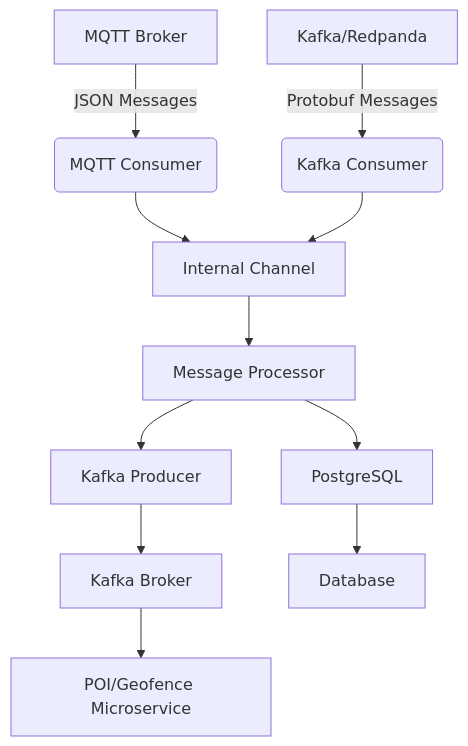
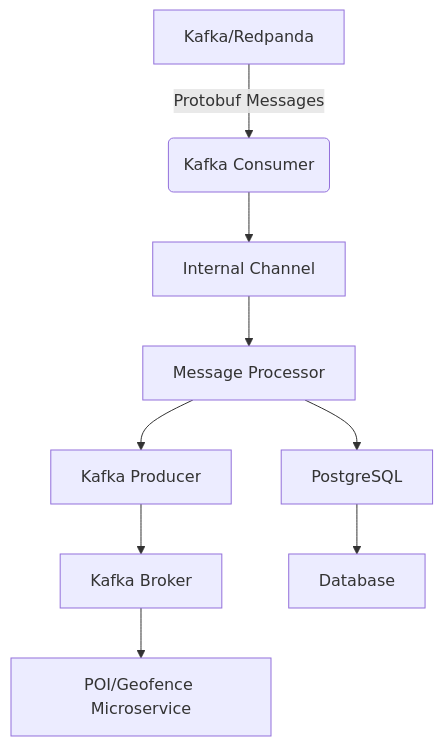
One commit to JesusCabrera84/siscom-consumer changed the diagram in README.md. Above: the diagram before and after it, drawn with Mermaid. The commit also changed other lines of this file and 17 other files, not shown here.

````diff
--- a/README.md
+++ b/README.md
@@ -92,13 +85,11 @@
 ```mermaid
 flowchart TD
-    A1[MQTT Broker] -->|JSON Messages| B1(MQTT Consumer)
-    A2[Kafka/Redpanda] -->|Protobuf Messages| B2(Kafka Consumer)
-    B1 --> C[Internal Channel]
-    B2 --> C
+    A[Kafka/Redpanda] -->|Protobuf Messages| B(Kafka Consumer)
+    B --> C[Internal Channel]
     C --> D[Message Processor]
     D --> E[Kafka Producer]
     D --> F[PostgreSQL]
     E --> G[Kafka Broker]
     F --> H[Database]
     G --> I[POI/Geofence Microservice]
 ```
````
